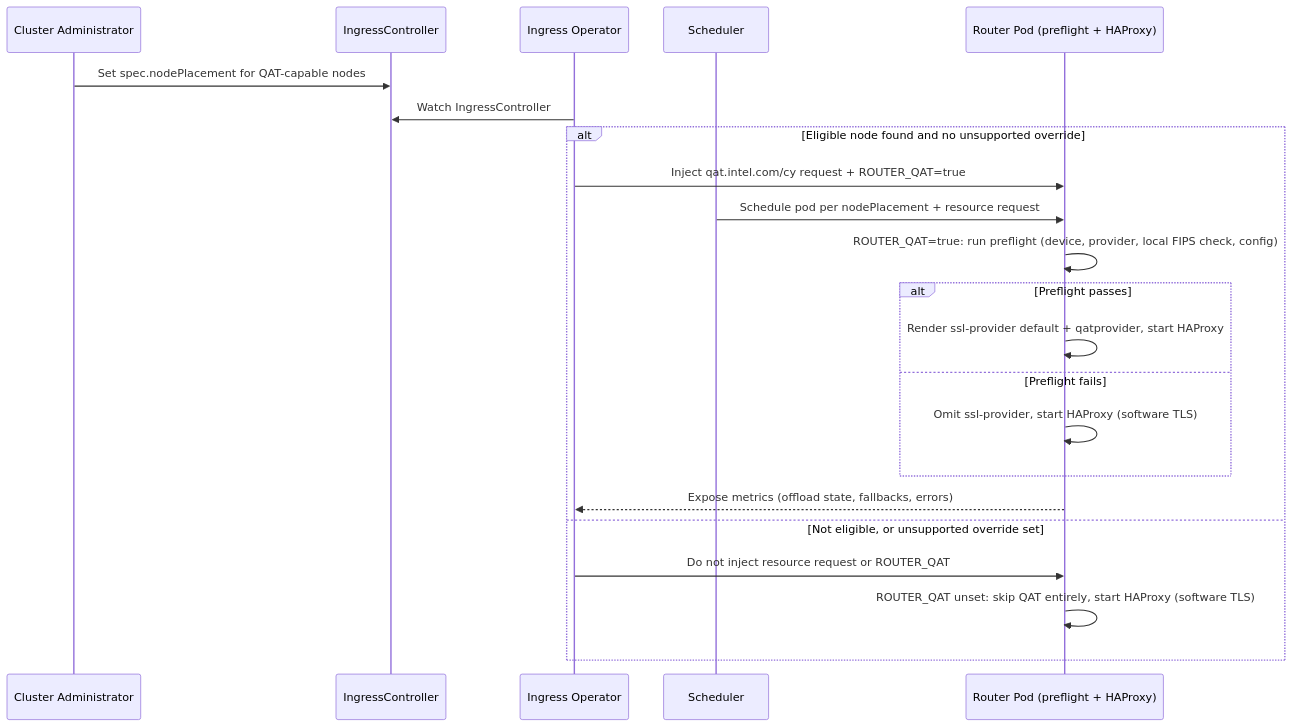
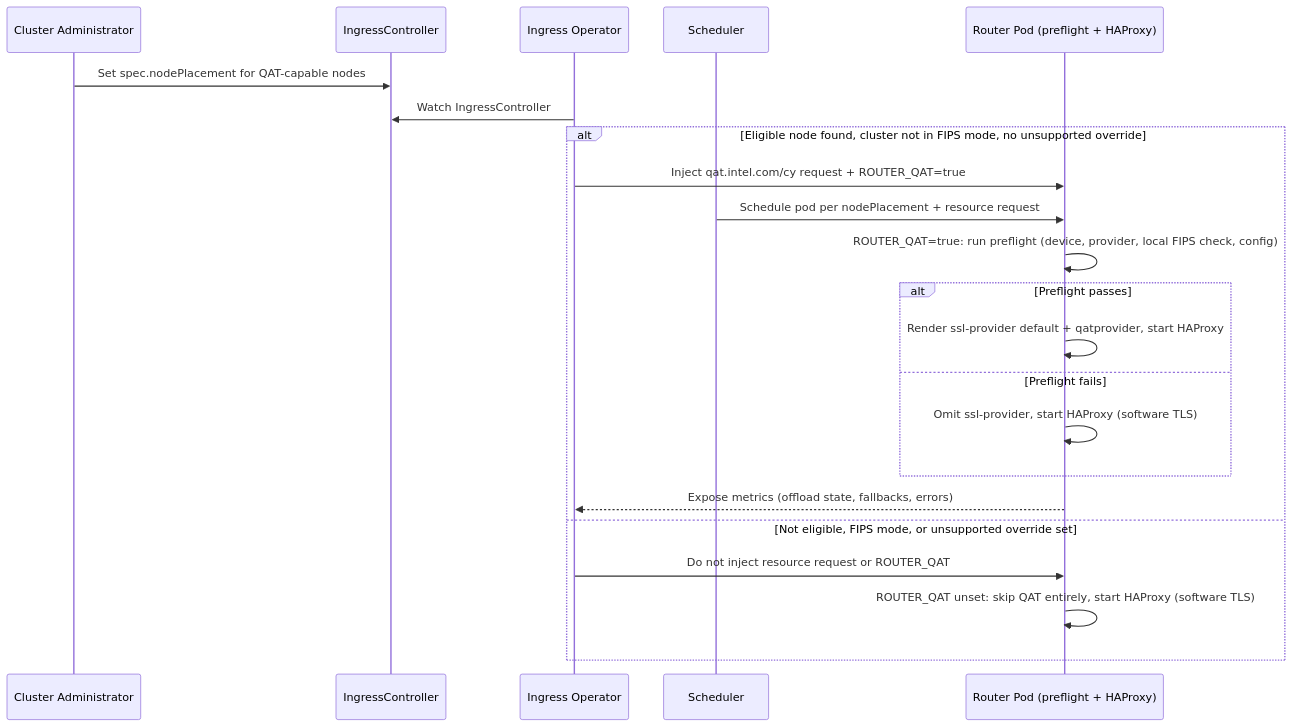
The diagram in enhancements/ingress/qat-acceleration-for-ingress.md (openshift/enhancements), drawn with Mermaid before and after one commit. The commit also changed other lines of this file, not shown here.

````diff
--- a/enhancements/ingress/qat-acceleration-for-ingress.md
+++ b/enhancements/ingress/qat-acceleration-for-ingress.md
@@ -262,25 +271,25 @@
 ```mermaid
 sequenceDiagram
     participant Admin as Cluster Administrator
     participant IC as IngressController
     participant Operator as Ingress Operator
     participant Sched as Scheduler
     participant Router as Router Pod (preflight + HAProxy)
 
     Admin->>IC: Set spec.nodePlacement for QAT-capable nodes
     Operator->>IC: Watch IngressController
-    alt Eligible node found and no unsupported override
+    alt Eligible node found, cluster not in FIPS mode, no unsupported override
         Operator->>Router: Inject qat.intel.com/cy request + ROUTER_QAT=true
         Sched->>Router: Schedule pod per nodePlacement + resource request
         Router->>Router: ROUTER_QAT=true: run preflight (device, provider, local FIPS check, config)
         alt Preflight passes
             Router->>Router: Render ssl-provider default + qatprovider, start HAProxy
         else Preflight fails
             Router->>Router: Omit ssl-provider, start HAProxy (software TLS)
         end
         Router-->>Operator: Expose metrics (offload state, fallbacks, errors)
-    else Not eligible, or unsupported override set
+    else Not eligible, FIPS mode, or unsupported override set
         Operator->>Router: Do not inject resource request or ROUTER_QAT
         Router->>Router: ROUTER_QAT unset: skip QAT entirely, start HAProxy (software TLS)
     end
 ```
````
